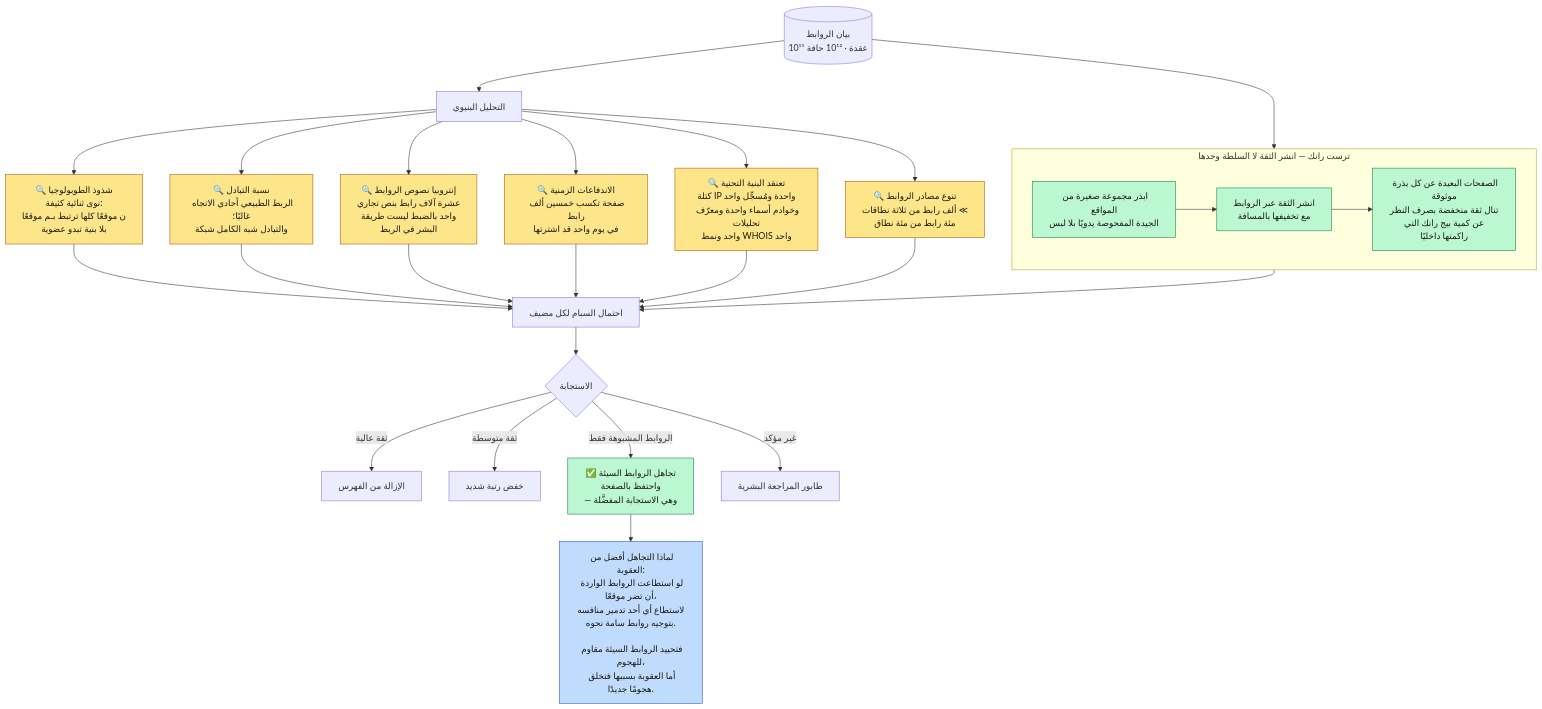
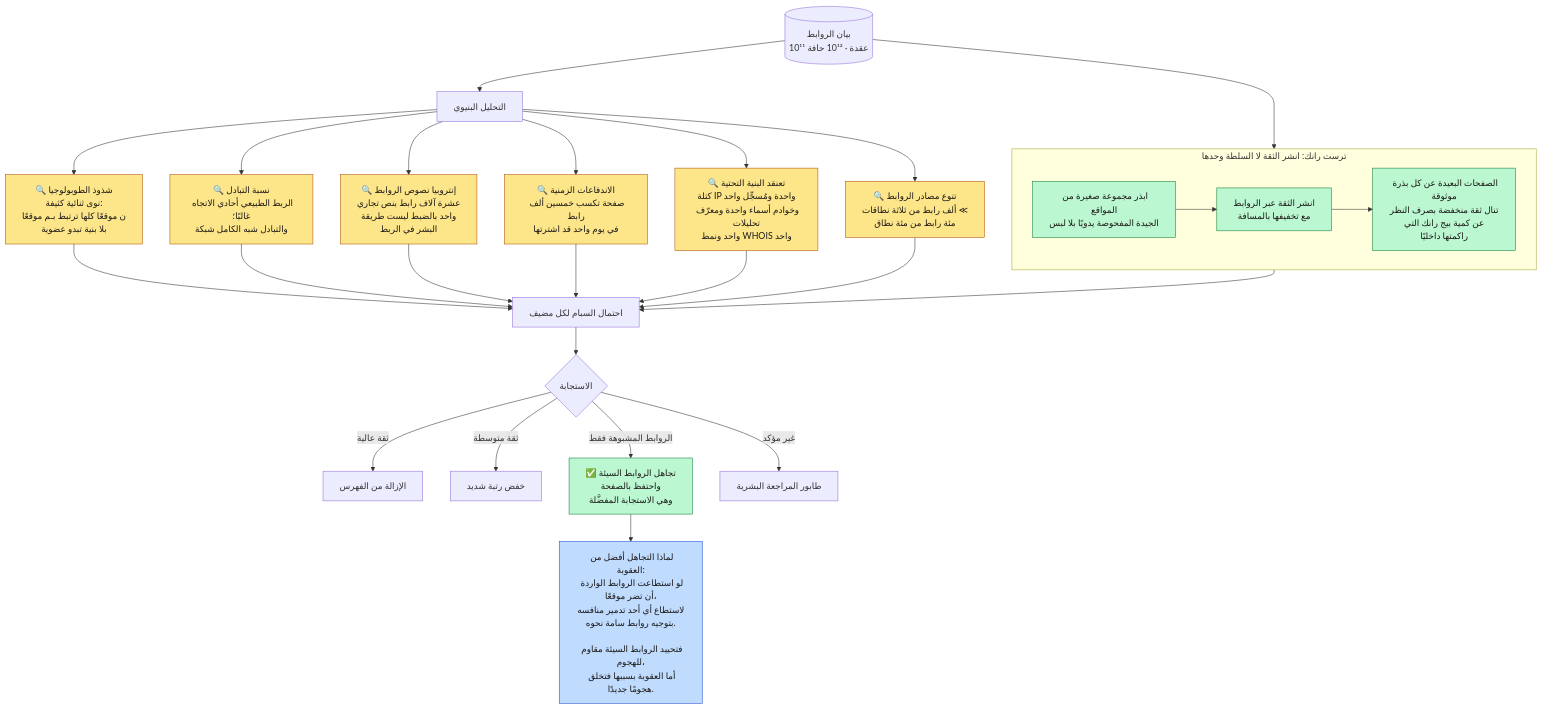
Before and after one commit to ahmedselimmansor-ctrl/google-search-system-design: the second of 4 diagrams in docs/ar/14-security-abuse.md, drawn with Mermaid. The commit also changed other lines of this file and 89 other files, not shown here.

````diff
--- a/docs/ar/14-security-abuse.md
+++ b/docs/ar/14-security-abuse.md
@@ -110,40 +110,40 @@
 ```mermaid
 flowchart TB
     LG[("بيان الروابط<br/>10¹¹ عقدة · 10¹² حافة")]
 
     LG --> A["التحليل البنيوي"]
 
     A --> A1["🔍 شذوذ الطوبولوجيا<br/>نوى ثنائية كثيفة:<br/>ن موقعًا كلها ترتبط بـم موقعًا<br/>بلا بنية تبدو عضوية"]
     A --> A2["🔍 نسبة التبادل<br/>الربط الطبيعي أحادي الاتجاه غالبًا؛<br/>والتبادل شبه الكامل شبكة"]
     A --> A3["🔍 إنتروبيا نصوص الروابط<br/>عشرة آلاف رابط بنص تجاري<br/>واحد بالضبط ليست طريقة<br/>البشر في الربط"]
     A --> A4["🔍 الاندفاعات الزمنية<br/>صفحة تكسب خمسين ألف رابط<br/>في يوم واحد قد اشترتها"]
     A --> A5["🔍 تعنقد البنية التحتية<br/>كتلة IP واحدة ومُسجِّل واحد<br/>وخوادم أسماء واحدة ومعرّف تحليلات<br/>واحد ونمط WHOIS واحد"]
     A --> A6["🔍 تنوع مصادر الروابط<br/>ألف رابط من ثلاثة نطاقات ≪<br/>مئة رابط من مئة نطاق"]
 
     A1 & A2 & A3 & A4 & A5 & A6 --> SCORE["احتمال السبام لكل مضيف"]
 
-    subgraph TRUST["ترست رانك — انشر الثقة لا السلطة وحدها"]
+    subgraph TRUST["ترست رانك: انشر الثقة لا السلطة وحدها"]
         T1["ابذر مجموعة صغيرة من المواقع<br/>الجيدة المفحوصة يدويًا بلا لبس"]
         T2["انشر الثقة عبر الروابط<br/>مع تخفيفها بالمسافة"]
         T3["الصفحات البعيدة عن كل بذرة موثوقة<br/>تنال ثقة منخفضة بصرف النظر<br/>عن كمية بيج رانك التي<br/>راكمتها داخليًا"]
         T1 --> T2 --> T3
     end
 
     LG --> TRUST
     TRUST --> SCORE
 
     SCORE --> ACTION{"الاستجابة"}
     ACTION -->|"ثقة عالية"| REMOVE["الإزالة من الفهرس"]
     ACTION -->|"ثقة متوسطة"| DEMOTE["خفض رتبة شديد"]
-    ACTION -->|"الروابط المشبوهة فقط"| IGNORE["✅ تجاهل الروابط السيئة<br/>واحتفظ بالصفحة<br/>— وهي الاستجابة المفضَّلة"]
+    ACTION -->|"الروابط المشبوهة فقط"| IGNORE["✅ تجاهل الروابط السيئة<br/>واحتفظ بالصفحة<br/>وهي الاستجابة المفضَّلة"]
     ACTION -->|"غير مؤكد"| REVIEW["طابور المراجعة البشرية"]
 
     IGNORE --> WHY["لماذا التجاهل أفضل من العقوبة:<br/>لو استطاعت الروابط الواردة أن تضر موقعًا،<br/>لاستطاع أي أحد تدمير منافسه<br/>بتوجيه روابط سامة نحوه.<br/><br/>فتحييد الروابط السيئة مقاوم للهجوم،<br/>أما العقوبة بسببها فتخلق هجومًا جديدًا."]
 
     classDef detect fill:#fde68a,stroke:#b45309,color:#1c1917
     classDef good fill:#bbf7d0,stroke:#15803d,color:#1c1917
     classDef key fill:#bfdbfe,stroke:#1d4ed8,color:#1c1917
     class A1,A2,A3,A4,A5,A6 detect
     class IGNORE,T1,T2,T3 good
     class WHY key
 ```
````
